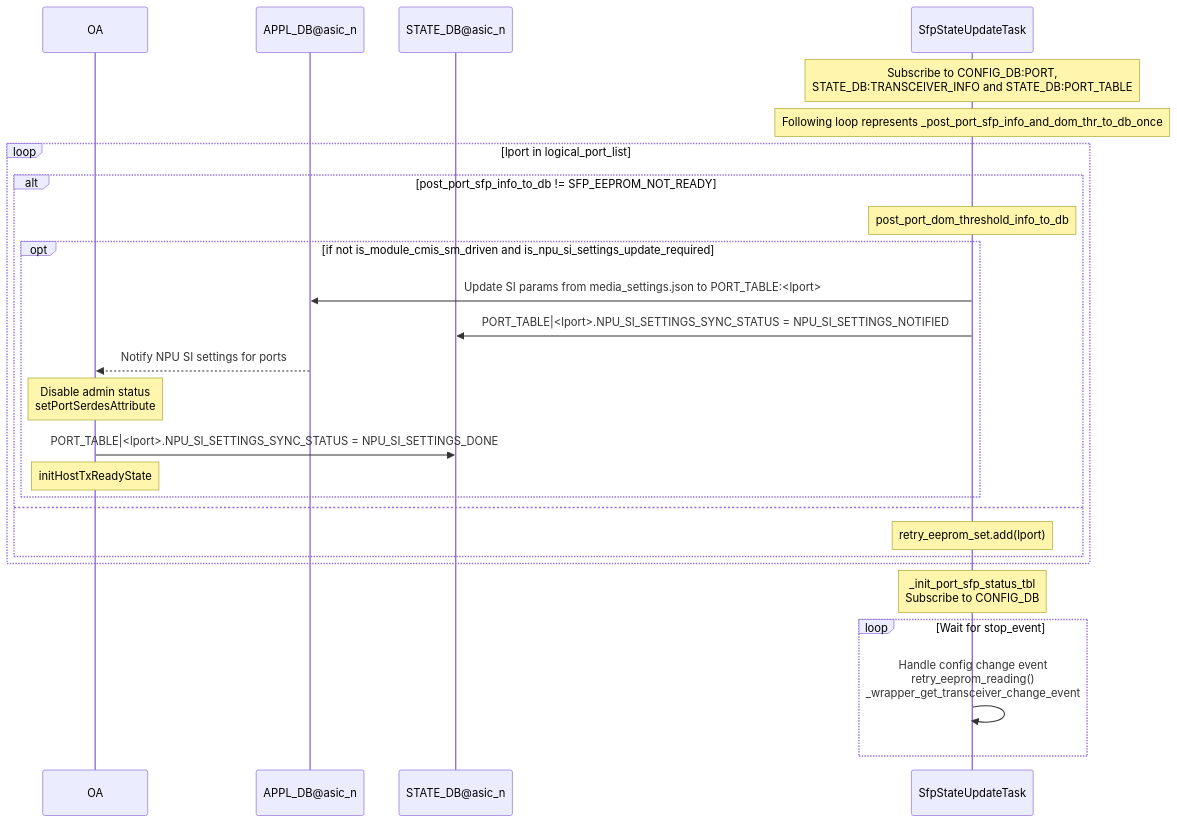
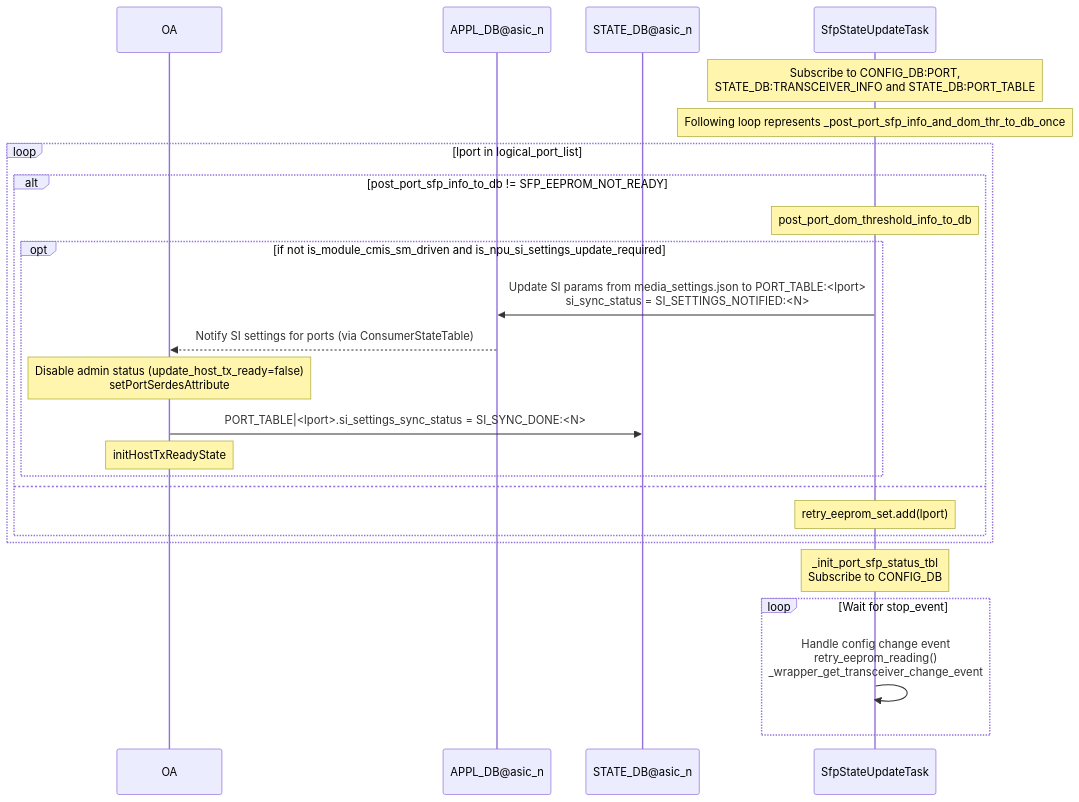
One commit to sonic-net/SONiC changed the second of 5 diagrams in doc/sfp-cmis/Interface-Link-bring-up-sequence.md. Above: the diagram before and after it, drawn with Mermaid. The commit also changed other lines of this file, not shown here.

Commit message:
Update link up sequence with SI settings sync between OA and xcvrd

````diff
--- a/doc/sfp-cmis/Interface-Link-bring-up-sequence.md
+++ b/doc/sfp-cmis/Interface-Link-bring-up-sequence.md
@@ -297,29 +308,28 @@
 ```mermaid
 sequenceDiagram
     participant OA
     participant APPL_DB as APPL_DB@asic_n
     participant STATE_DB as STATE_DB@asic_n
     participant SfpStateUpdateTask
 
     Note over SfpStateUpdateTask: Subscribe to CONFIG_DB:PORT,<br>STATE_DB:TRANSCEIVER_INFO and STATE_DB:PORT_TABLE
     Note over SfpStateUpdateTask: Following loop represents _post_port_sfp_info_and_dom_thr_to_db_once
     loop lport in logical_port_list
         alt post_port_sfp_info_to_db != SFP_EEPROM_NOT_READY
              Note over SfpStateUpdateTask: post_port_dom_threshold_info_to_db
             opt if not is_module_cmis_sm_driven and is_npu_si_settings_update_required
-                SfpStateUpdateTask ->> APPL_DB: Update SI params from media_settings.json to PORT_TABLE:<lport>
-                SfpStateUpdateTask ->> STATE_DB: PORT_TABLE|<lport>.NPU_SI_SETTINGS_SYNC_STATUS = NPU_SI_SETTINGS_NOTIFIED
-                APPL_DB -->> OA: Notify NPU SI settings for ports
-                Note over OA: Disable admin status<br>setPortSerdesAttribute
-                OA ->> STATE_DB: PORT_TABLE|<lport>.NPU_SI_SETTINGS_SYNC_STATUS = NPU_SI_SETTINGS_DONE
+                SfpStateUpdateTask ->> APPL_DB: Update SI params from media_settings.json to PORT_TABLE:<lport><br>si_sync_status = SI_SETTINGS_NOTIFIED:<N>
+                APPL_DB -->> OA: Notify SI settings for ports (via ConsumerStateTable)
+                Note over OA: Disable admin status (update_host_tx_ready=false)<br>setPortSerdesAttribute
+                OA ->> STATE_DB: PORT_TABLE|<lport>.si_settings_sync_status = SI_SYNC_DONE:<N>
                 Note over OA: initHostTxReadyState
             end
         else
             Note over SfpStateUpdateTask: retry_eeprom_set.add(lport)
         end
     end
     Note over SfpStateUpdateTask: _init_port_sfp_status_tbl<br>Subscribe to CONFIG_DB
     loop Wait for stop_event
         SfpStateUpdateTask ->> SfpStateUpdateTask: Handle config change event<br>retry_eeprom_reading()<br>_wrapper_get_transceiver_change_event
     end
 ```
````
